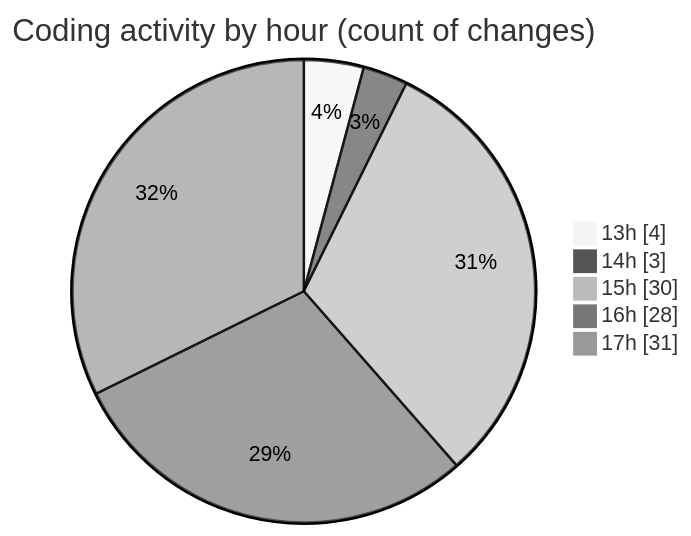
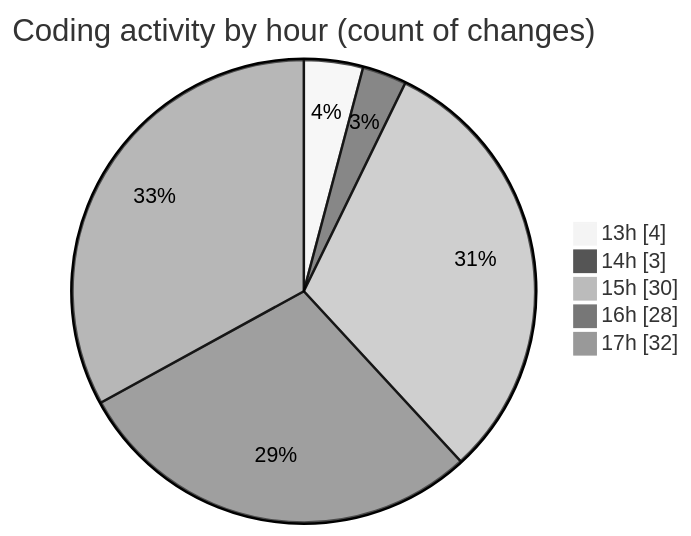
Before and after one commit to EIIisD/code-tracking: the second of 2 diagrams in 2025-08-11/ribbon/README.md, drawn with Mermaid (neutral theme). The commit also changed other lines of this file and 1 other file, not shown here.

````diff
--- a/2025-08-11/ribbon/README.md
+++ b/2025-08-11/ribbon/README.md
@@ -52,9 +52,9 @@
 ```mermaid
 pie showData
 title Coding activity by hour (count of changes)
 "13h" : 4
 "14h" : 3
 "15h" : 30
 "16h" : 28
-"17h" : 31
+"17h" : 32
 ```
````
